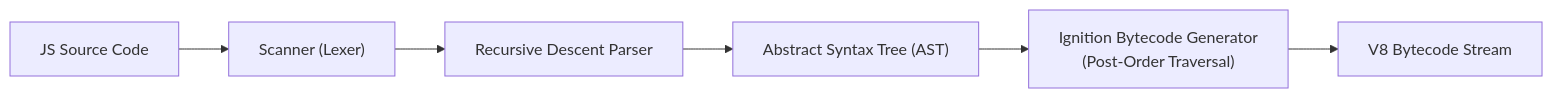
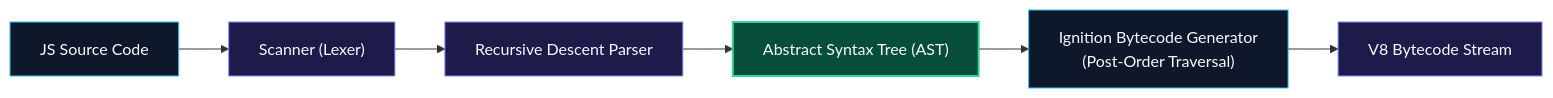
The tenth of 10 diagrams in content/docs/dsa/02-trees-heaps-and-core-patterns/01-binary-trees-and-traversals.mdx (1345AbhishekKumar/cs-cookbook), drawn with Mermaid before and after one commit. The commit also changed other lines of this file and 211 other files, not shown here.

`````diff
--- a/content/docs/dsa/02-trees-heaps-and-core-patterns/01-binary-trees-and-traversals.mdx
+++ b/content/docs/dsa/02-trees-heaps-and-core-patterns/01-binary-trees-and-traversals.mdx
@@ -681,8 +898,15 @@
 ```mermaid
 flowchart LR
     Source["JS Source Code"] --> Scanner["Scanner (Lexer)"]
     Scanner --> Parser["Recursive Descent Parser"]
     Parser --> AST["Abstract Syntax Tree (AST)"]
-    AST --> Ignition["Ignition Bytecode Generator\n(Post-Order Traversal)"]
+    AST --> Ignition["Ignition Bytecode Generator<br/>(Post-Order Traversal)"]
     Ignition --> Bytecode["V8 Bytecode Stream"]
+
+    style Source fill:#0f172a,stroke:#38bdf8,stroke-width:1px,color:#f8fafc
+    style Scanner fill:#1e1b4b,stroke:#818cf8,stroke-width:1px,color:#f8fafc
+    style Parser fill:#1e1b4b,stroke:#818cf8,stroke-width:1px,color:#f8fafc
+    style AST fill:#064e3b,stroke:#34d399,stroke-width:2px,color:#f8fafc
+    style Ignition fill:#0f172a,stroke:#38bdf8,stroke-width:1px,color:#f8fafc
+    style Bytecode fill:#1e1b4b,stroke:#818cf8,stroke-width:1px,color:#f8fafc
 ````
`````
